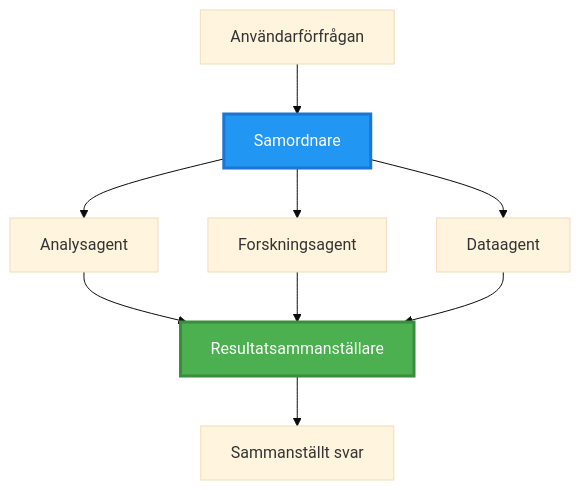
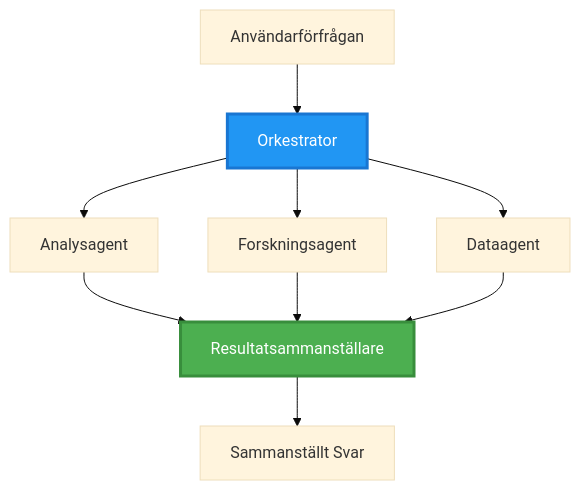
The second of 5 diagrams in translations/sv/docs/chapter-06-pre-deployment/coordination-patterns.md (microsoft/AZD-for-beginners), drawn with Mermaid (base theme) before and after one commit. The commit also changed other lines of this file and 101 other files, not shown here.

````diff
--- a/translations/sv/docs/chapter-06-pre-deployment/coordination-patterns.md
+++ b/translations/sv/docs/chapter-06-pre-deployment/coordination-patterns.md
@@ -106,22 +100,22 @@
 ```mermaid
 graph TB
     User[Användarförfrågan]
-    Orchestrator[Samordnare]
+    Orchestrator[Orkestrator]
     Agent1[Analysagent]
     Agent2[Forskningsagent]
     Agent3[Dataagent]
     Aggregator[Resultatsammanställare]
-    Response[Sammanställt svar]
+    Response[Sammanställt Svar]
     
     User --> Orchestrator
     Orchestrator --> Agent1
     Orchestrator --> Agent2
     Orchestrator --> Agent3
     Agent1 --> Aggregator
     Agent2 --> Aggregator
     Agent3 --> Aggregator
     Aggregator --> Response
     
     style Orchestrator fill:#2196F3,stroke:#1976D2,stroke-width:3px,color:#fff
     style Aggregator fill:#4CAF50,stroke:#388E3C,stroke-width:3px,color:#fff
 ```
````
